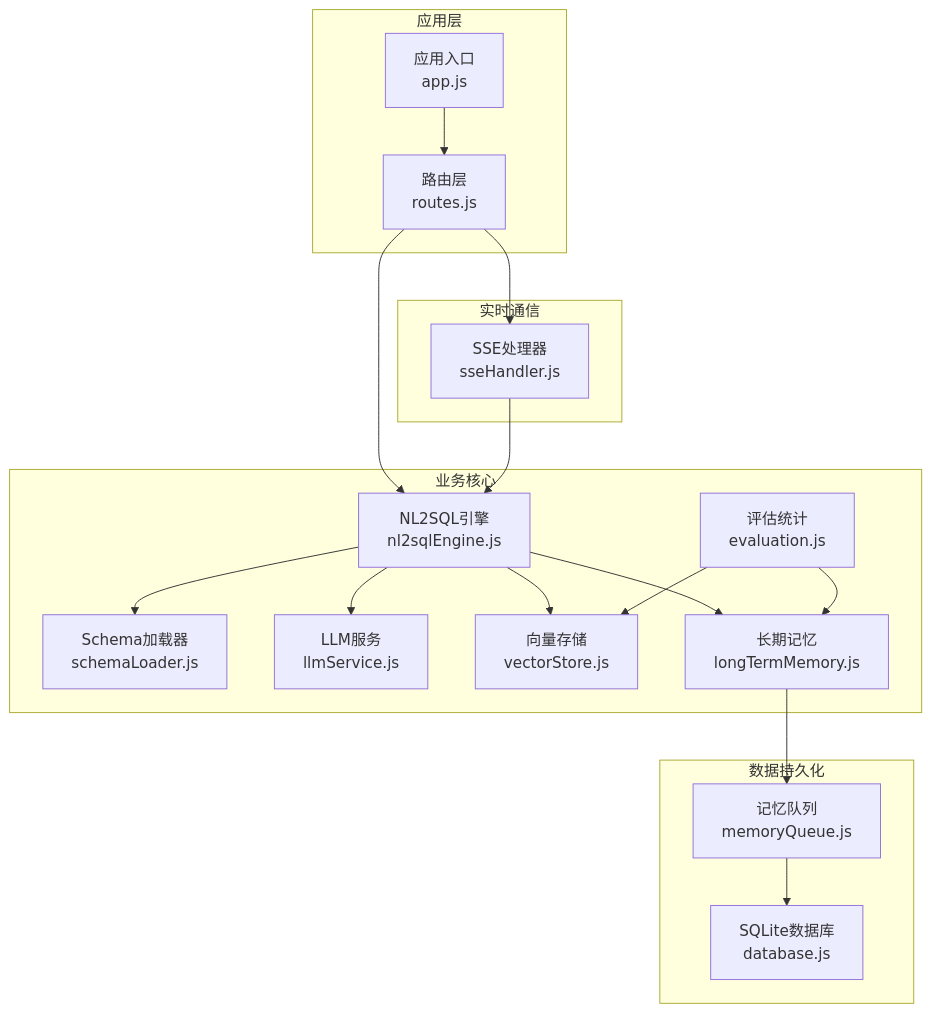
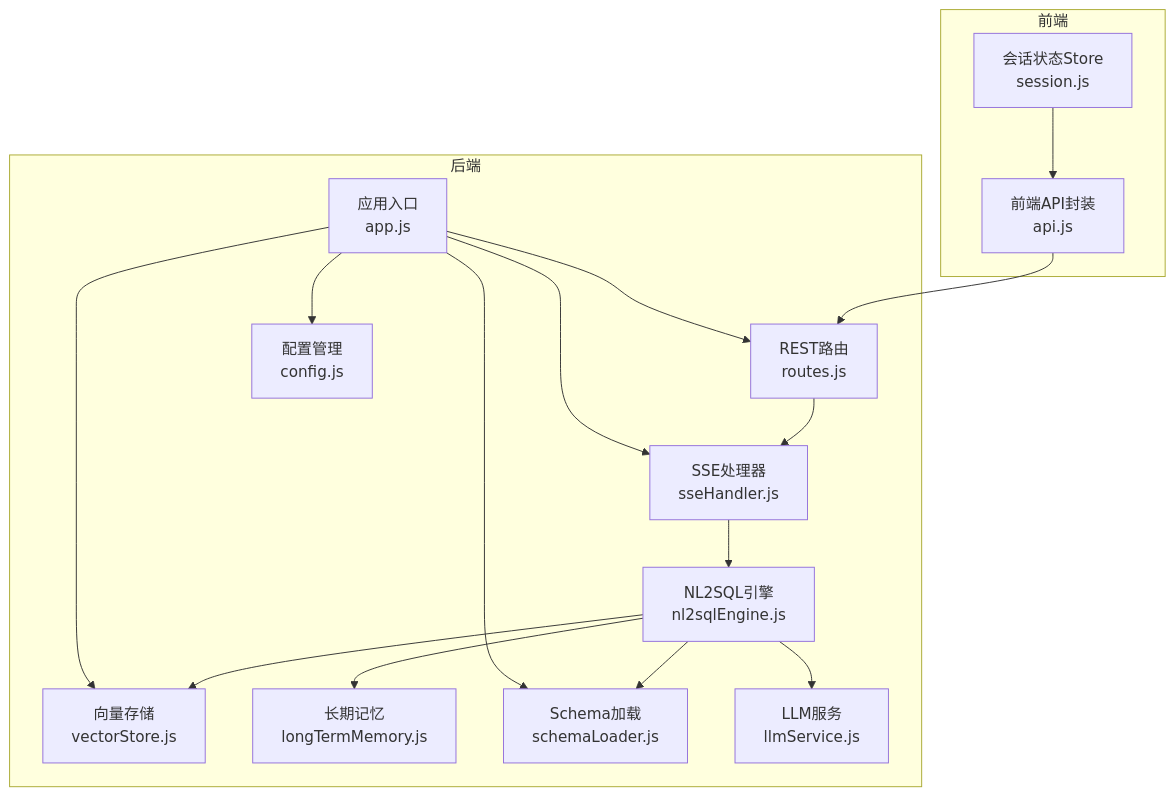
The first of 9 diagrams in NL2SQL/.qoder/repowiki/zh/content/系统架构/数据流设计.md (HanHuiOnLine/724-office), drawn with Mermaid before and after one commit. The commit also changed other lines of this file and 207 other files, not shown here.

````diff
--- a/NL2SQL/.qoder/repowiki/zh/content/系统架构/数据流设计.md
+++ b/NL2SQL/.qoder/repowiki/zh/content/系统架构/数据流设计.md
@@ -57,34 +54,31 @@
 ```mermaid
 graph TB
-subgraph "应用层"
+subgraph "前端"
+FE_API["前端API封装<br/>api.js"]
+FE_STORE["会话状态Store<br/>session.js"]
+end
+subgraph "后端"
 APP["应用入口<br/>app.js"]
-ROUTES["路由层<br/>routes.js"]
+ROUTES["REST路由<br/>routes.js"]
+SSE["SSE处理器<br/>sseHandler.js"]
+NLE["NL2SQL引擎<br/>nl2sqlEngine.js"]
+VEC["向量存储<br/>vectorStore.js"]
+LTM["长期记忆<br/>longTermMemory.js"]
+SCHEMA["Schema加载<br/>schemaLoader.js"]
+LLM["LLM服务<br/>llmService.js"]
+CFG["配置管理<br/>config.js"]
 end
-subgraph "业务核心"
-NLENG["NL2SQL引擎<br/>nl2sqlEngine.js"]
-SCHEMA["Schema加载器<br/>schemaLoader.js"]
-LLM["LLM服务<br/>llmService.js"]
-VEC["向量存储<br/>vectorStore.js"]
-MEM["长期记忆<br/>longTermMemory.js"]
-EVAL["评估统计<br/>evaluation.js"]
-end
-subgraph "数据持久化"
-DB["SQLite数据库<br/>database.js"]
-MQ["记忆队列<br/>memoryQueue.js"]
-end
-subgraph "实时通信"
-SSE["SSE处理器<br/>sseHandler.js"]
-end
+FE_API --> ROUTES
+FE_STORE --> FE_API
+ROUTES --> SSE
+SSE --> NLE
+NLE --> SCHEMA
+NLE --> VEC
+NLE --> LLM
+NLE --> LTM
 APP --> ROUTES
-ROUTES --> SSE
-ROUTES --> NLENG
-NLENG --> SCHEMA
-NLENG --> LLM
-NLENG --> VEC
-NLENG --> MEM
-MEM --> MQ
-MQ --> DB
-EVAL --> VEC
-EVAL --> MEM
-SSE --> NLENG
+APP --> SSE
+APP --> SCHEMA
+APP --> VEC
+APP --> CFG
 ```
````
